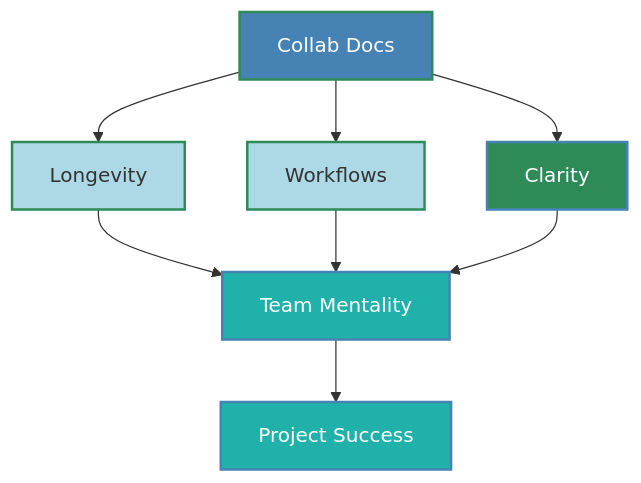
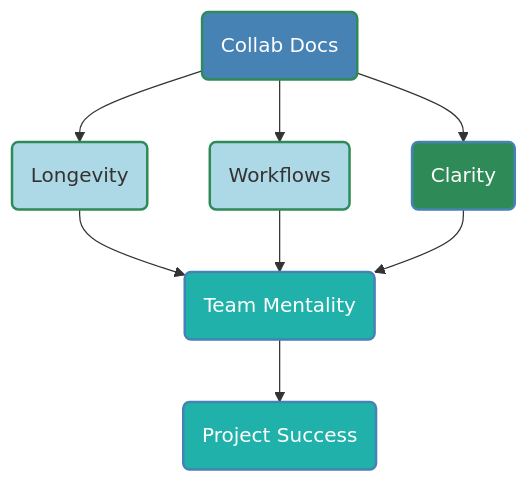
One commit to buckeye43210/markdown-to-snowkb changed diagram 11 of 11 in README.md. Above: the diagram before and after it, drawn with Mermaid. The commit also changed other lines of this file and 1 other file, not shown here.

````diff
--- a/README.md
+++ b/README.md
@@ -493,18 +521,18 @@
 ```mermaid
 graph TD
-    A[Collab Docs]
-    A --> B[Longevity]
-    A --> C[Workflows]
-    A --> D[Clarity]
-    B --> E[Team Mentality]
+    A(Collab Docs)
+    A --> B(Longevity)
+    A --> C(Workflows)
+    A --> D(Clarity)
+    B --> E(Team Mentality)
     C --> E
     D --> E
-    E --> F[Project Success]
+    E --> F(Project Success)
 
     style A fill:#4682B4,stroke:#2E8B57,stroke-width:2px,color:#FFFFFF
     style B fill:#ADD8E6,stroke:#2E8B57,stroke-width:2px
     style C fill:#ADD8E6,stroke:#2E8B57,stroke-width:2px
     style D fill:#2E8B57,stroke:#4682B4,stroke-width:2px,color:#FFFFFF
     style E fill:#20B2AA,stroke:#4682B4,stroke-width:2px,color:#FFFFFF
     style F fill:#20B2AA,stroke:#4682B4,stroke-width:2px,color:#FFFFFF
 ```
````
